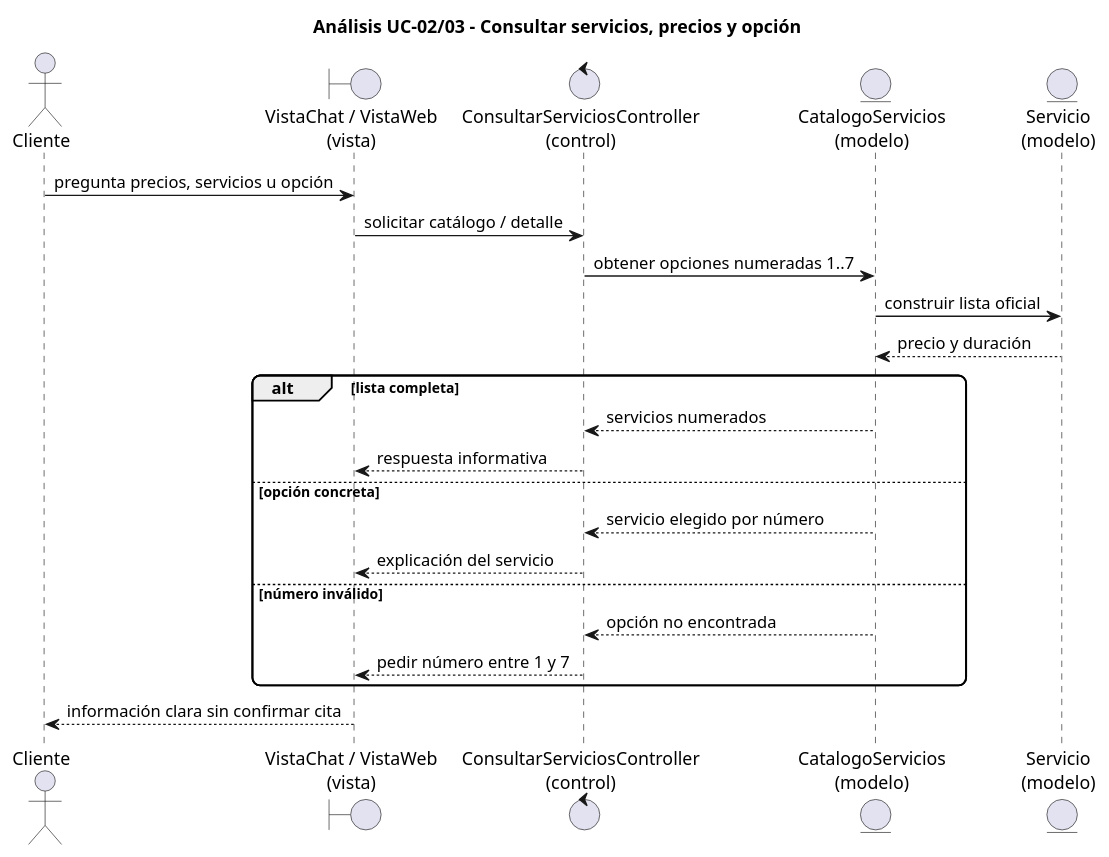
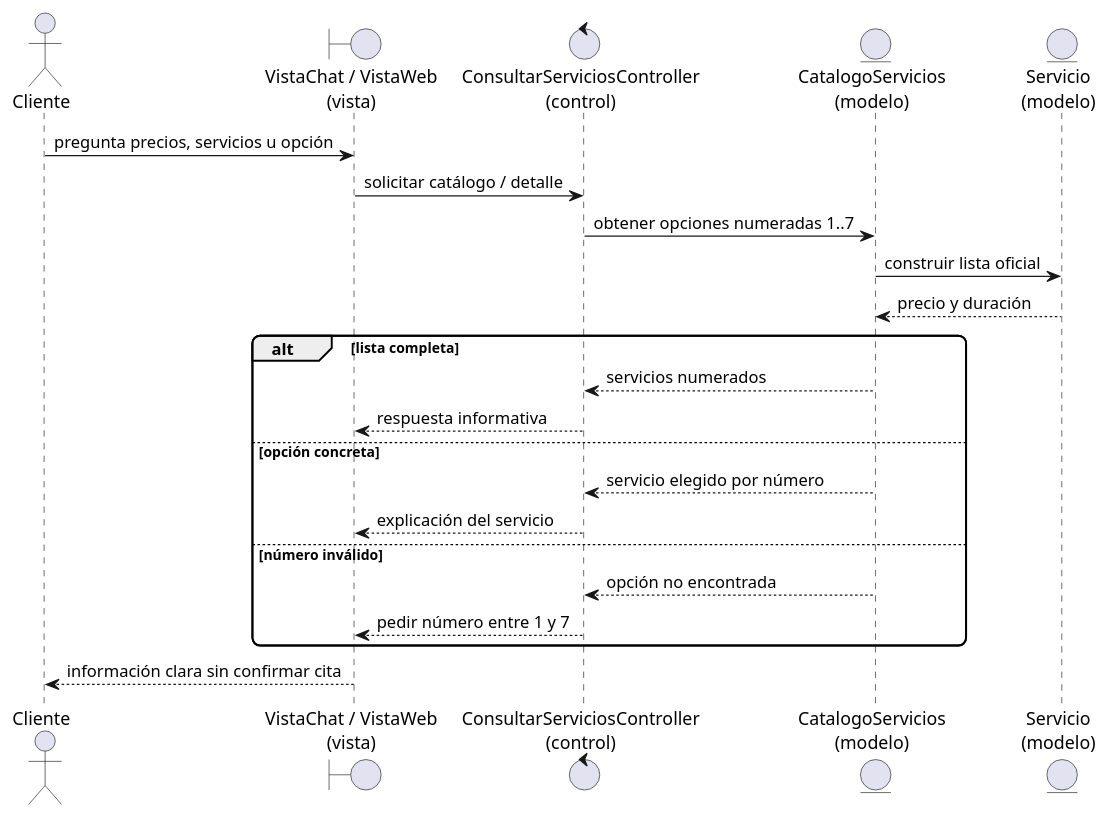
Before and after one commit to aadrigaar/TFG_CortePerfecto: the diagram in diagramas/capitulo3/analisis/02_uc02_consultar_servicios.puml, drawn with PlantUML. The commit also changed 48 other files, not shown here.

```diff
--- a/diagramas/capitulo3/analisis/02_uc02_consultar_servicios.puml
+++ b/diagramas/capitulo3/analisis/02_uc02_consultar_servicios.puml
@@ -1,28 +1,27 @@
 @startuml
-title Análisis UC-02/03 - Consultar servicios, precios y opción
 scale max 1700 width
 skinparam shadowing false
 skinparam roundcorner 12
 actor Cliente
 boundary "VistaChat / VistaWeb\n(vista)" as View
 control "ConsultarServiciosController\n(control)" as Ctrl
 entity "CatalogoServicios\n(modelo)" as Catalog
 entity "Servicio\n(modelo)" as Servicio
 
 Cliente -> View : pregunta precios, servicios u opción
 View -> Ctrl : solicitar catálogo / detalle
 Ctrl -> Catalog : obtener opciones numeradas 1..7
 Catalog -> Servicio : construir lista oficial
 Servicio --> Catalog : precio y duración
 alt lista completa
   Catalog --> Ctrl : servicios numerados
   Ctrl --> View : respuesta informativa
 else opción concreta
   Catalog --> Ctrl : servicio elegido por número
   Ctrl --> View : explicación del servicio
 else número inválido
   Catalog --> Ctrl : opción no encontrada
   Ctrl --> View : pedir número entre 1 y 7
 end
 View --> Cliente : información clara sin confirmar cita
 @enduml
```
